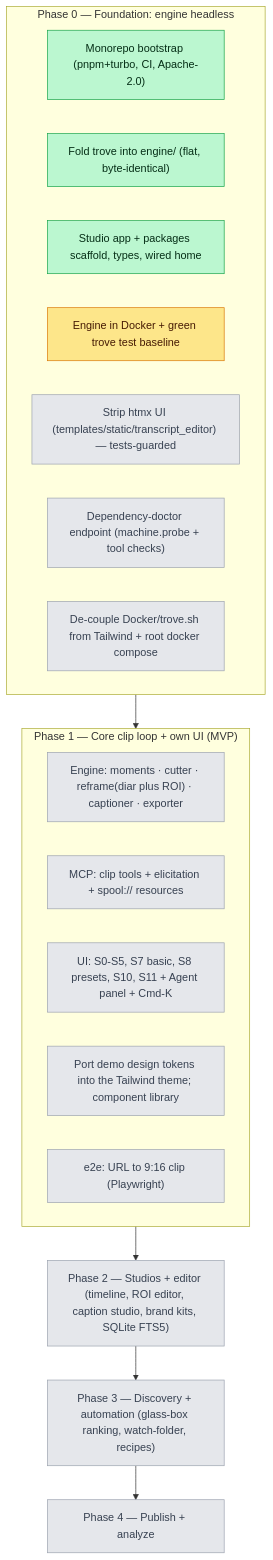
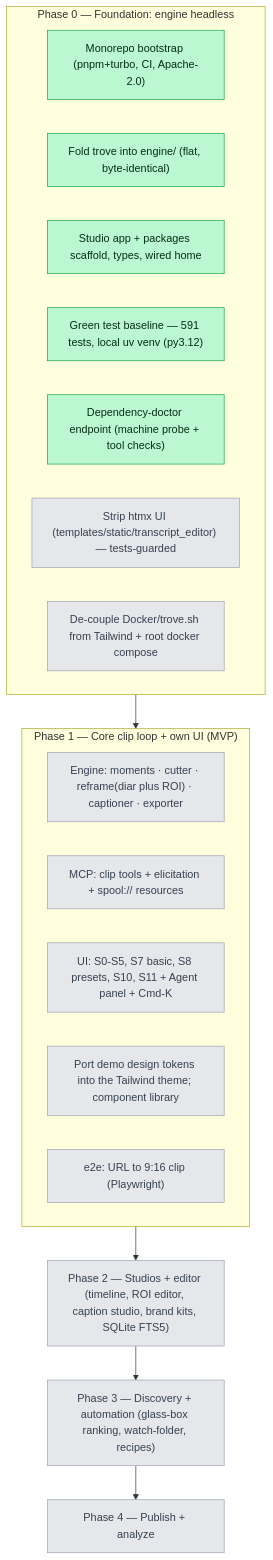
Before and after one commit to afk1997/spool-editor: the diagram in docs/PROGRESS.md, drawn with Mermaid. The commit also changed other lines of this file and 2 other files, not shown here.

First line of the commit message:
feat(engine): dependency-doctor endpoint + verified baseline

````diff
--- a/docs/PROGRESS.md
+++ b/docs/PROGRESS.md
@@ -11,28 +11,28 @@
 ```mermaid
 graph TD
     subgraph P0["Phase 0 — Foundation: engine headless"]
       B0["Monorepo bootstrap (pnpm+turbo, CI, Apache-2.0)"]:::done
       B1["Fold trove into engine/ (flat, byte-identical)"]:::done
       B2["Studio app + packages scaffold, types, wired home"]:::done
-      B3["Engine in Docker + green trove test baseline"]:::wip
+      B3["Green test baseline — 591 tests, local uv venv (py3.12)"]:::done
+      B5["Dependency-doctor endpoint (machine probe + tool checks)"]:::done
       B4["Strip htmx UI (templates/static/transcript_editor) — tests-guarded"]:::todo
-      B5["Dependency-doctor endpoint (machine.probe + tool checks)"]:::todo
       B6["De-couple Docker/trove.sh from Tailwind + root docker compose"]:::todo
     end
     subgraph P1["Phase 1 — Core clip loop + own UI (MVP)"]
       C1["Engine: moments · cutter · reframe(diar plus ROI) · captioner · exporter"]:::todo
       C2["MCP: clip tools + elicitation + spool:// resources"]:::todo
       C3["UI: S0-S5, S7 basic, S8 presets, S10, S11 + Agent panel + Cmd-K"]:::todo
       C4["Port demo design tokens into the Tailwind theme; component library"]:::todo
       C5["e2e: URL to 9:16 clip (Playwright)"]:::todo
     end
     P2["Phase 2 — Studios + editor (timeline, ROI editor, caption studio, brand kits, SQLite FTS5)"]:::todo
     P3["Phase 3 — Discovery + automation (glass-box ranking, watch-folder, recipes)"]:::todo
     P4["Phase 4 — Publish + analyze"]:::todo
 
     P0 --> P1 --> P2 --> P3 --> P4
 
     classDef done fill:#bbf7d0,stroke:#16a34a,color:#052e16;
     classDef wip  fill:#fde68a,stroke:#d97706,color:#451a03;
     classDef todo fill:#e5e7eb,stroke:#9ca3af,color:#374151;
 ```
````
